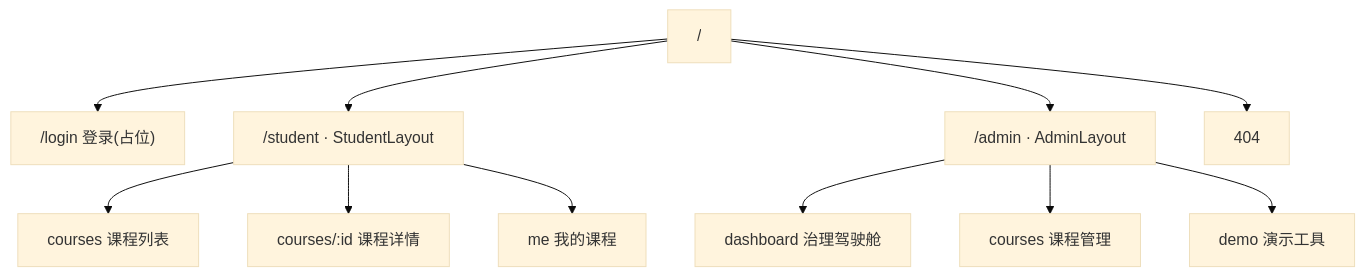
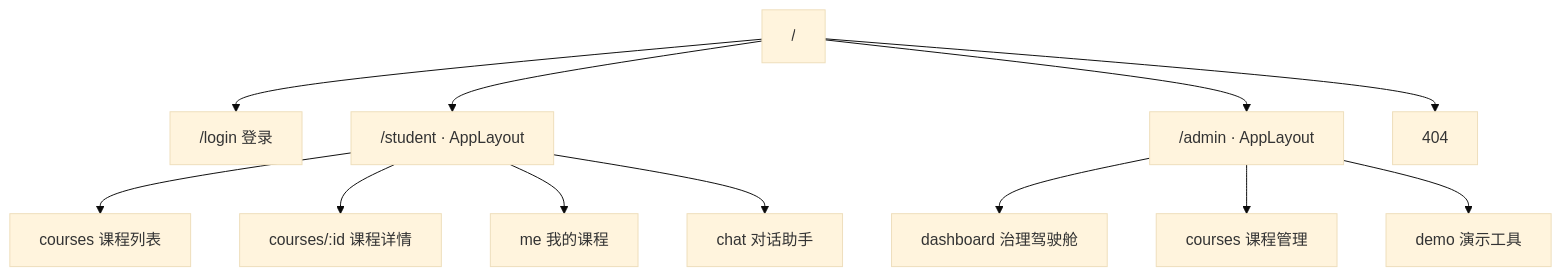
Before and after one commit to ZhanJHE/hercules-platform: the fourth of 6 diagrams in 开发文档/前端设计.md, drawn with Mermaid (base theme). The commit also changed other lines of this file and 20 other files, not shown here.

First line of the commit message:
docs: 文档整改——新增《路线图》逐条标明未完成项、删除《项目讲解.html》并入结构说明、文件名全中文化、六份文档去修辞并修正与实际不符的内容

````diff
--- a/开发文档/前端设计.md
+++ b/开发文档/前端设计.md
@@ -175,13 +175,14 @@
 ```mermaid
 graph TD
-    R["/"] --> LG["/login 登录(占位)"]
-    R --> S["/student · StudentLayout"]
+    R["/"] --> LG["/login 登录"]
+    R --> S["/student · AppLayout"]
     S --> SC["courses 课程列表"]
     S --> SD["courses/:id 课程详情"]
     S --> SM["me 我的课程"]
-    R --> A["/admin · AdminLayout"]
+    S --> SCH["chat 对话助手"]
+    R --> A["/admin · AppLayout"]
     A --> AD["dashboard 治理驾驶舱"]
     A --> AC["courses 课程管理"]
     A --> AE["demo 演示工具"]
     R --> NF["404"]
 ```
````
